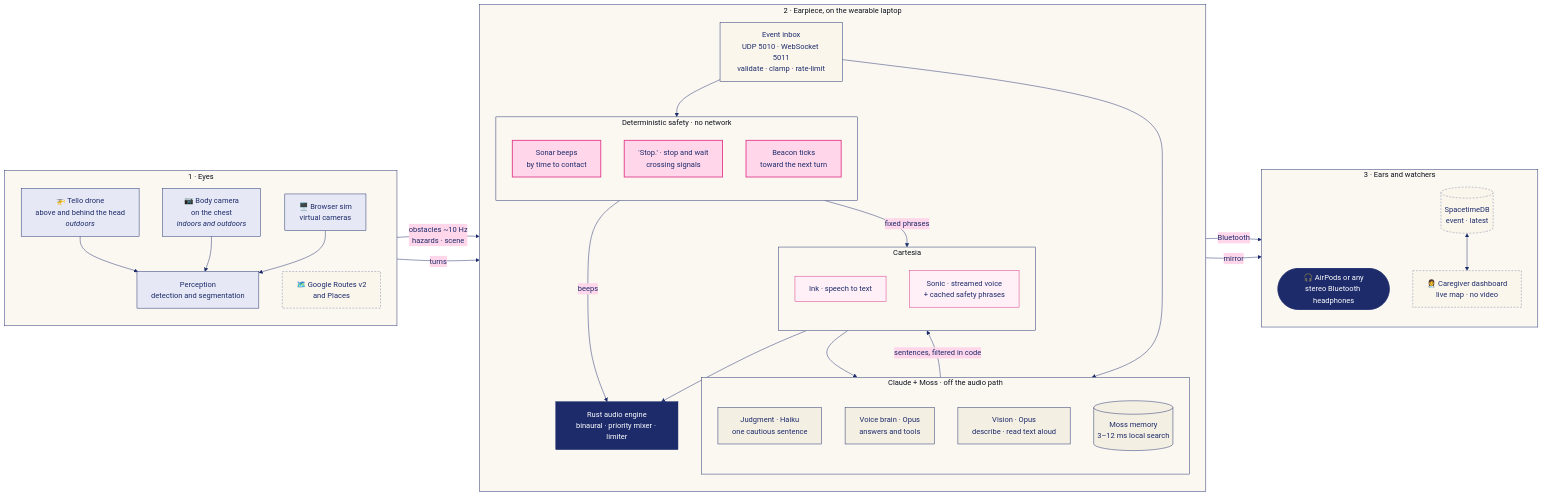
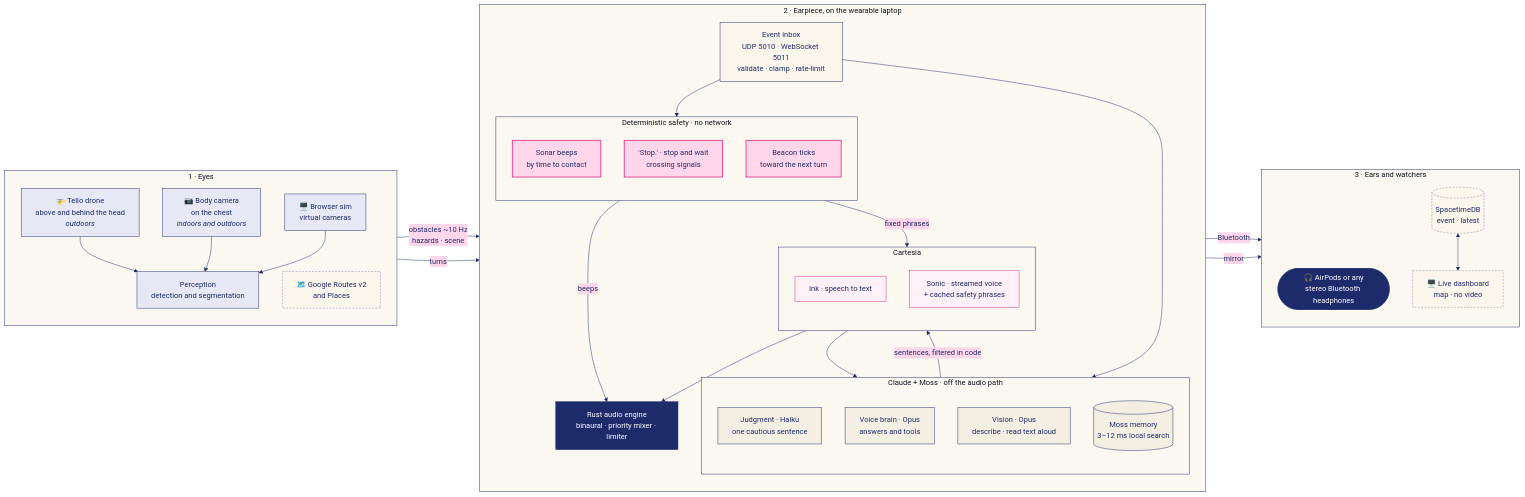
One commit to KingArthur207/kite changed the first of 4 diagrams in README.md. Above: the diagram before and after it, drawn with Mermaid. The commit also changed other lines of this file and 18 other files, not shown here.

````diff
--- a/README.md
+++ b/README.md
@@ -101,66 +101,66 @@
 ```mermaid
 %%{init: {'theme':'base','themeVariables':{'primaryColor':'#FAF6EC','primaryTextColor':'#1D2B6B','primaryBorderColor':'#1D2B6B','lineColor':'#1D2B6B','secondaryColor':'#FFD6EA','tertiaryColor':'#F4EFE3','clusterBkg':'#FBF8F1','clusterBorder':'#1D2B6B','edgeLabelBackground':'#FFD6EA','actorBkg':'#FAF6EC','actorBorder':'#1D2B6B','actorTextColor':'#1D2B6B','signalColor':'#1D2B6B','signalTextColor':'#1D2B6B','noteBkgColor':'#FFD6EA','noteBorderColor':'#E2448F','noteTextColor':'#1D2B6B','labelBoxBkgColor':'#FFD6EA','labelBoxBorderColor':'#E2448F','sequenceNumberColor':'#FFFFFF','activationBkgColor':'#FFD6EA'}}}%%
 flowchart LR
   classDef eye fill:#E6E9F5,stroke:#1D2B6B,color:#1D2B6B
   classDef safe fill:#FFD6EA,stroke:#E2448F,color:#1D2B6B,stroke-width:2px
   classDef ai fill:#F4EFE3,stroke:#1D2B6B,color:#1D2B6B
   classDef voice fill:#FFF0F7,stroke:#D62F82,color:#1D2B6B
   classDef out fill:#1D2B6B,stroke:#1D2B6B,color:#FFFFFF
   classDef ext fill:#FAF6EC,stroke:#7D84A6,color:#1D2B6B,stroke-dasharray:4 3
 
   subgraph EYES["1 · Eyes"]
     direction TB
     drone["🚁 Tello drone<br/>above and behind the head<br/><i>outdoors</i>"]:::eye
     chest["📷 Body camera<br/>on the chest<br/><i>indoors and outdoors</i>"]:::eye
     simcam["🖥️ Browser sim<br/>virtual cameras"]:::eye
     perception["Perception<br/>detection and segmentation"]:::eye
     maps["🗺️ Google Routes v2<br/>and Places"]:::ext
     drone --> perception
     chest --> perception
     simcam --> perception
   end
 
   subgraph EAR["2 · Earpiece, on the wearable laptop"]
     direction TB
     inbox["Event inbox<br/>UDP 5010 · WebSocket 5011<br/>validate · clamp · rate-limit"]
     subgraph SAFETY["Deterministic safety · no network"]
       direction TB
       sonar["Sonar beeps<br/>by time to contact"]:::safe
       stop["'Stop.' · stop and wait<br/>crossing signals"]:::safe
       beacon["Beacon ticks<br/>toward the next turn"]:::safe
     end
     subgraph CLAUDE["Claude + Moss · off the audio path"]
       direction TB
       judgment["Judgment · Haiku<br/>one cautious sentence"]:::ai
       brain["Voice brain · Opus<br/>answers and tools"]:::ai
       vision["Vision · Opus<br/>describe · read text aloud"]:::ai
       moss[("Moss memory<br/>3–12 ms local search")]:::ai
     end
     subgraph VOICE["Cartesia"]
       direction TB
       stt["Ink · speech to text"]:::voice
       tts["Sonic · streamed voice<br/>+ cached safety phrases"]:::voice
     end
     mixer["Rust audio engine<br/>binaural · priority mixer · limiter"]:::out
     inbox --> SAFETY
     inbox --> CLAUDE
     stt --> CLAUDE
     SAFETY -- "beeps" --> mixer
     SAFETY -- "fixed phrases" --> tts
     CLAUDE -- "sentences, filtered in code" --> tts
     tts --> mixer
   end
 
   subgraph OUT["3 · Ears and watchers"]
     direction TB
     airpods(["🎧 AirPods or any<br/>stereo Bluetooth headphones"]):::out
     stdb[("SpacetimeDB<br/>event · latest")]:::ext
-    dash["👩‍⚕️ Caregiver dashboard<br/>live map · no video"]:::ext
+    dash["🖥️ Live dashboard<br/>map · no video"]:::ext
     stdb <--> dash
   end
 
   perception -- "obstacles ~10 Hz<br/>hazards · scene" --> inbox
   maps -- "turns" --> inbox
   mixer -- "Bluetooth" --> airpods
   inbox -- "mirror" --> stdb
 ```
````
